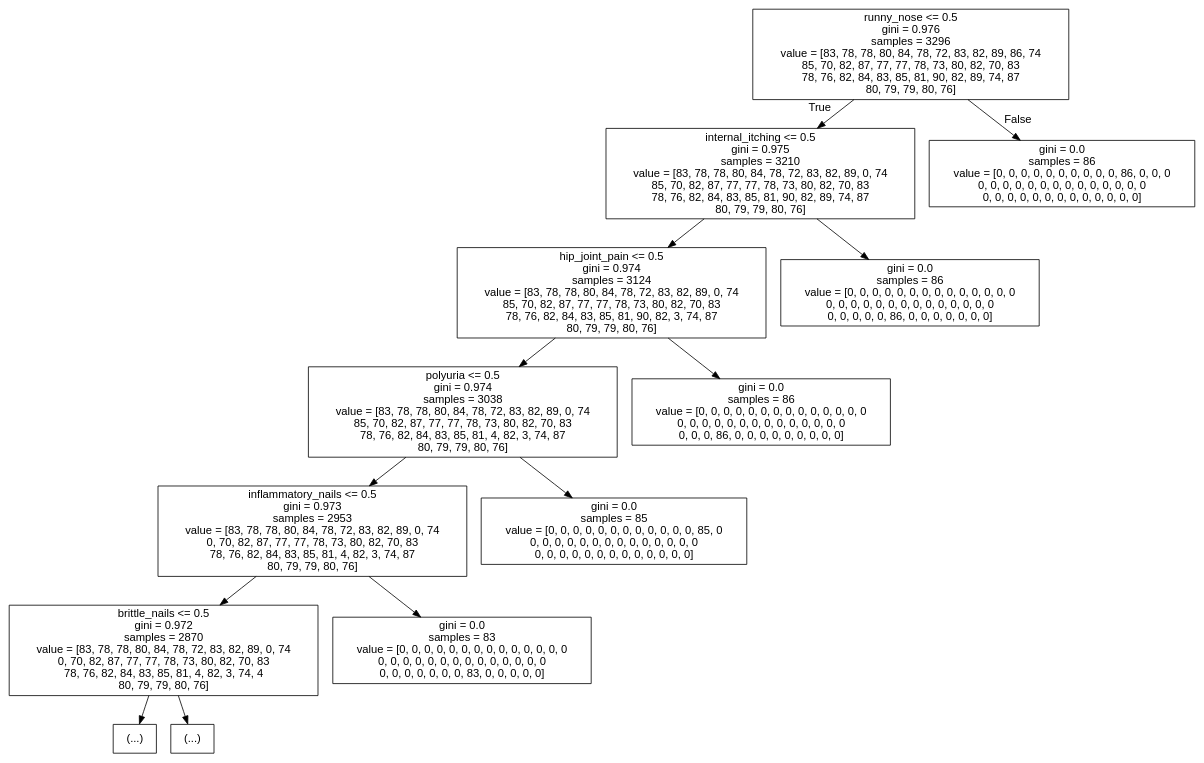
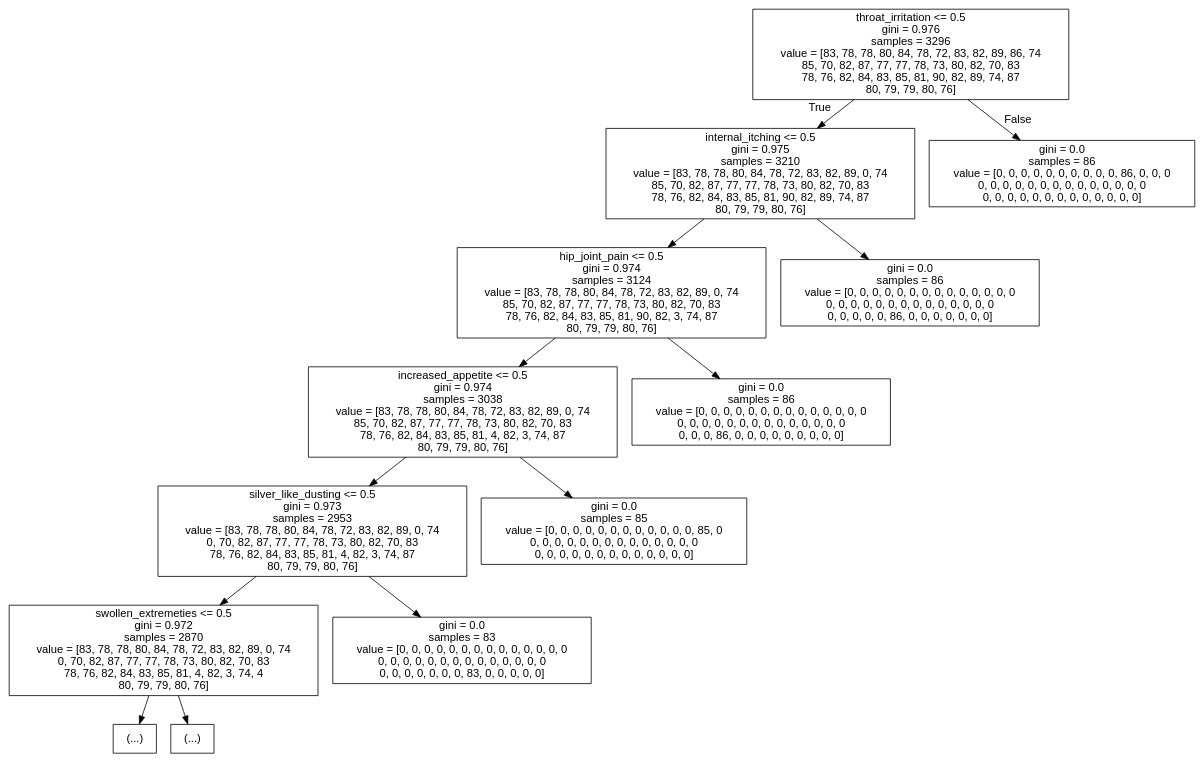
One commit to MilindPruthi09/audio-prescription changed the diagram in tree-top5.dot. Above: the diagram before and after it, drawn with Graphviz. The commit also changed 16 other files, not shown here.

```diff
--- a/tree-top5.dot
+++ b/tree-top5.dot
@@ -1,29 +1,29 @@
 digraph Tree {
 node [shape=box, fontname="helvetica"] ;
 edge [fontname="helvetica"] ;
-0 [label="runny_nose <= 0.5\ngini = 0.976\nsamples = 3296\nvalue = [83, 78, 78, 80, 84, 78, 72, 83, 82, 89, 86, 74\n85, 70, 82, 87, 77, 77, 78, 73, 80, 82, 70, 83\n78, 76, 82, 84, 83, 85, 81, 90, 82, 89, 74, 87\n80, 79, 79, 80, 76]"] ;
+0 [label="throat_irritation <= 0.5\ngini = 0.976\nsamples = 3296\nvalue = [83, 78, 78, 80, 84, 78, 72, 83, 82, 89, 86, 74\n85, 70, 82, 87, 77, 77, 78, 73, 80, 82, 70, 83\n78, 76, 82, 84, 83, 85, 81, 90, 82, 89, 74, 87\n80, 79, 79, 80, 76]"] ;
 1 [label="internal_itching <= 0.5\ngini = 0.975\nsamples = 3210\nvalue = [83, 78, 78, 80, 84, 78, 72, 83, 82, 89, 0, 74\n85, 70, 82, 87, 77, 77, 78, 73, 80, 82, 70, 83\n78, 76, 82, 84, 83, 85, 81, 90, 82, 89, 74, 87\n80, 79, 79, 80, 76]"] ;
 0 -> 1 [labeldistance=2.5, labelangle=45, headlabel="True"] ;
 2 [label="hip_joint_pain <= 0.5\ngini = 0.974\nsamples = 3124\nvalue = [83, 78, 78, 80, 84, 78, 72, 83, 82, 89, 0, 74\n85, 70, 82, 87, 77, 77, 78, 73, 80, 82, 70, 83\n78, 76, 82, 84, 83, 85, 81, 90, 82, 3, 74, 87\n80, 79, 79, 80, 76]"] ;
 1 -> 2 ;
-3 [label="polyuria <= 0.5\ngini = 0.974\nsamples = 3038\nvalue = [83, 78, 78, 80, 84, 78, 72, 83, 82, 89, 0, 74\n85, 70, 82, 87, 77, 77, 78, 73, 80, 82, 70, 83\n78, 76, 82, 84, 83, 85, 81, 4, 82, 3, 74, 87\n80, 79, 79, 80, 76]"] ;
+3 [label="increased_appetite <= 0.5\ngini = 0.974\nsamples = 3038\nvalue = [83, 78, 78, 80, 84, 78, 72, 83, 82, 89, 0, 74\n85, 70, 82, 87, 77, 77, 78, 73, 80, 82, 70, 83\n78, 76, 82, 84, 83, 85, 81, 4, 82, 3, 74, 87\n80, 79, 79, 80, 76]"] ;
 2 -> 3 ;
-4 [label="inflammatory_nails <= 0.5\ngini = 0.973\nsamples = 2953\nvalue = [83, 78, 78, 80, 84, 78, 72, 83, 82, 89, 0, 74\n0, 70, 82, 87, 77, 77, 78, 73, 80, 82, 70, 83\n78, 76, 82, 84, 83, 85, 81, 4, 82, 3, 74, 87\n80, 79, 79, 80, 76]"] ;
+4 [label="silver_like_dusting <= 0.5\ngini = 0.973\nsamples = 2953\nvalue = [83, 78, 78, 80, 84, 78, 72, 83, 82, 89, 0, 74\n0, 70, 82, 87, 77, 77, 78, 73, 80, 82, 70, 83\n78, 76, 82, 84, 83, 85, 81, 4, 82, 3, 74, 87\n80, 79, 79, 80, 76]"] ;
 3 -> 4 ;
-5 [label="brittle_nails <= 0.5\ngini = 0.972\nsamples = 2870\nvalue = [83, 78, 78, 80, 84, 78, 72, 83, 82, 89, 0, 74\n0, 70, 82, 87, 77, 77, 78, 73, 80, 82, 70, 83\n78, 76, 82, 84, 83, 85, 81, 4, 82, 3, 74, 4\n80, 79, 79, 80, 76]"] ;
+5 [label="swollen_extremeties <= 0.5\ngini = 0.972\nsamples = 2870\nvalue = [83, 78, 78, 80, 84, 78, 72, 83, 82, 89, 0, 74\n0, 70, 82, 87, 77, 77, 78, 73, 80, 82, 70, 83\n78, 76, 82, 84, 83, 85, 81, 4, 82, 3, 74, 4\n80, 79, 79, 80, 76]"] ;
 4 -> 5 ;
 6 [label="(...)"] ;
 5 -> 6 ;
 119 [label="(...)"] ;
 5 -> 119 ;
 120 [label="gini = 0.0\nsamples = 83\nvalue = [0, 0, 0, 0, 0, 0, 0, 0, 0, 0, 0, 0, 0, 0\n0, 0, 0, 0, 0, 0, 0, 0, 0, 0, 0, 0, 0, 0\n0, 0, 0, 0, 0, 0, 0, 83, 0, 0, 0, 0, 0]"] ;
 4 -> 120 ;
 121 [label="gini = 0.0\nsamples = 85\nvalue = [0, 0, 0, 0, 0, 0, 0, 0, 0, 0, 0, 0, 85, 0\n0, 0, 0, 0, 0, 0, 0, 0, 0, 0, 0, 0, 0, 0\n0, 0, 0, 0, 0, 0, 0, 0, 0, 0, 0, 0, 0]"] ;
 3 -> 121 ;
 122 [label="gini = 0.0\nsamples = 86\nvalue = [0, 0, 0, 0, 0, 0, 0, 0, 0, 0, 0, 0, 0, 0\n0, 0, 0, 0, 0, 0, 0, 0, 0, 0, 0, 0, 0, 0\n0, 0, 0, 86, 0, 0, 0, 0, 0, 0, 0, 0, 0]"] ;
 2 -> 122 ;
 123 [label="gini = 0.0\nsamples = 86\nvalue = [0, 0, 0, 0, 0, 0, 0, 0, 0, 0, 0, 0, 0, 0\n0, 0, 0, 0, 0, 0, 0, 0, 0, 0, 0, 0, 0, 0\n0, 0, 0, 0, 0, 86, 0, 0, 0, 0, 0, 0, 0]"] ;
 1 -> 123 ;
 124 [label="gini = 0.0\nsamples = 86\nvalue = [0, 0, 0, 0, 0, 0, 0, 0, 0, 0, 86, 0, 0, 0\n0, 0, 0, 0, 0, 0, 0, 0, 0, 0, 0, 0, 0, 0\n0, 0, 0, 0, 0, 0, 0, 0, 0, 0, 0, 0, 0]"] ;
 0 -> 124 [labeldistance=2.5, labelangle=-45, headlabel="False"] ;
 }
```
